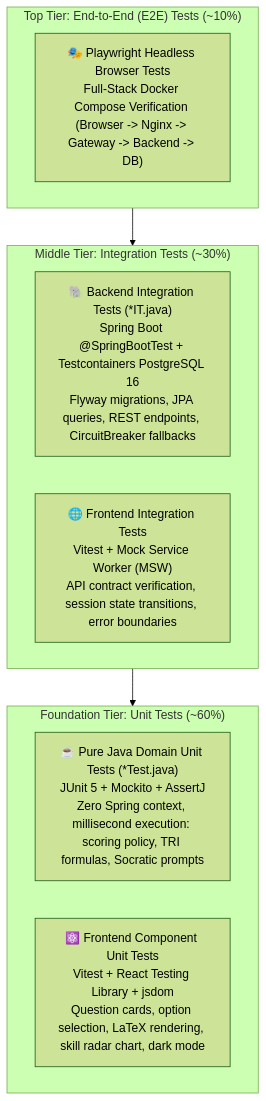
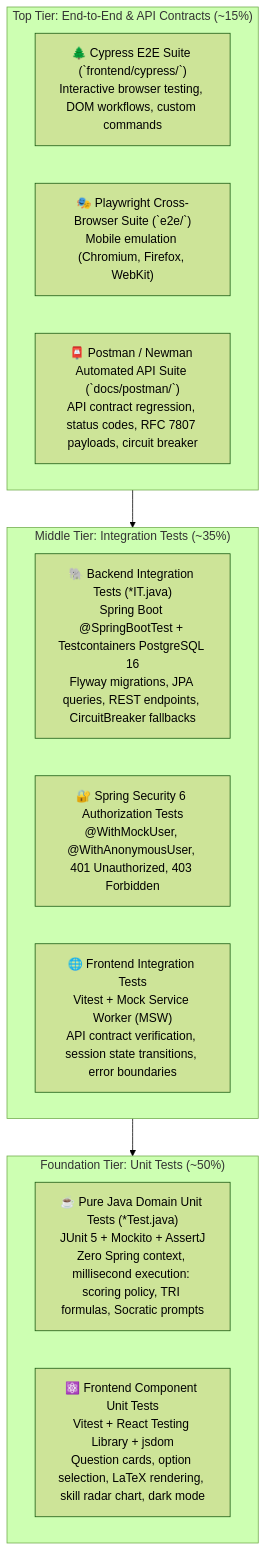
Before and after one commit to Veras-D/AprovaENEM: the second of 2 diagrams in docs/sprint-1/07-quality-gate-ci.md, drawn with Mermaid (forest theme). The commit also changed other lines of this file and 5 other files, not shown here.

Commit message:
feat(security): integrate Spring Security 6 architecture, Cypress E2E, and Postman Newman CI suite

````diff
--- a/docs/sprint-1/07-quality-gate-ci.md
+++ b/docs/sprint-1/07-quality-gate-ci.md
@@ -38,19 +38,22 @@
 ```mermaid
 flowchart TD
-    subgraph E2E ["Top Tier: End-to-End (E2E) Tests (~10%)"]
-        P1["🎭 Playwright Headless Browser Tests<br/>Full-Stack Docker Compose Verification (Browser -> Nginx -> Gateway -> Backend -> DB)"]
+    subgraph E2E ["Top Tier: End-to-End & API Contracts (~15%)"]
+        P1["🌲 Cypress E2E Suite (`frontend/cypress/`)<br/>Interactive browser testing, DOM workflows, custom commands"]
+        P2["🎭 Playwright Cross-Browser Suite (`e2e/`)<br/>Mobile emulation (Chromium, Firefox, WebKit)"]
+        P3["📮 Postman / Newman Automated API Suite (`docs/postman/`)<br/>API contract regression, status codes, RFC 7807 payloads, circuit breaker"]
     end
 
-    subgraph Integration ["Middle Tier: Integration Tests (~30%)"]
+    subgraph Integration ["Middle Tier: Integration Tests (~35%)"]
         I1["🐘 Backend Integration Tests (*IT.java)<br/>Spring Boot @SpringBootTest + Testcontainers PostgreSQL 16<br/>Flyway migrations, JPA queries, REST endpoints, CircuitBreaker fallbacks"]
-        I2["🌐 Frontend Integration Tests<br/>Vitest + Mock Service Worker (MSW)<br/>API contract verification, session state transitions, error boundaries"]
+        I2["🔐 Spring Security 6 Authorization Tests<br/>@WithMockUser, @WithAnonymousUser, 401 Unauthorized, 403 Forbidden"]
+        I3["🌐 Frontend Integration Tests<br/>Vitest + Mock Service Worker (MSW)<br/>API contract verification, session state transitions, error boundaries"]
     end
 
-    subgraph Unit ["Foundation Tier: Unit Tests (~60%)"]
+    subgraph Unit ["Foundation Tier: Unit Tests (~50%)"]
         U1["☕ Pure Java Domain Unit Tests (*Test.java)<br/>JUnit 5 + Mockito + AssertJ<br/>Zero Spring context, millisecond execution: scoring policy, TRI formulas, Socratic prompts"]
         U2["⚛️ Frontend Component Unit Tests<br/>Vitest + React Testing Library + jsdom<br/>Question cards, option selection, LaTeX rendering, skill radar chart, dark mode"]
     end
 
     E2E --> Integration
     Integration --> Unit
 ```
````
